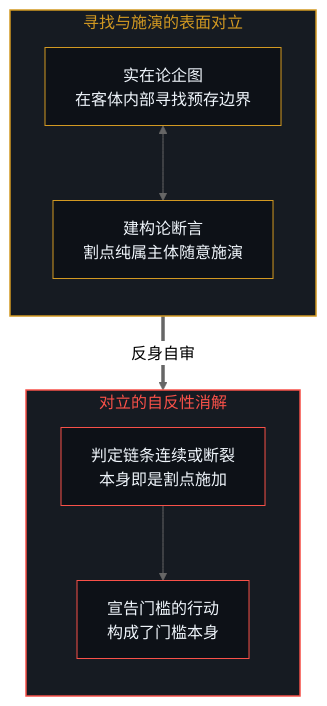
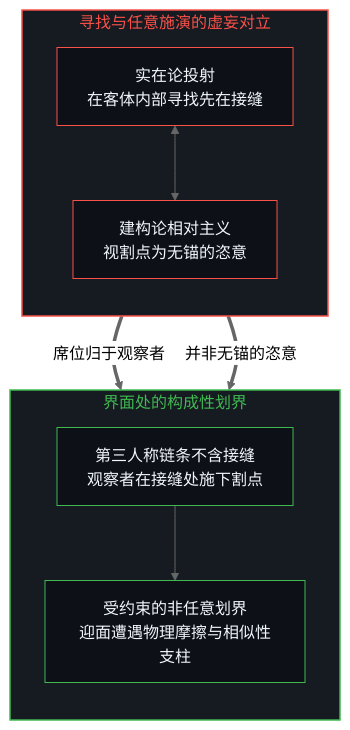
One commit to powerpig99/not-a-toe changed the fifth of 8 diagrams in content/posts/consciousness-ascription-and-the-quantum-cut.md. Above: the diagram before and after it, drawn with Mermaid (neutral theme). The commit also changed other lines of this file and 5 other files, not shown here.

````diff
--- a/content/posts/consciousness-ascription-and-the-quantum-cut.md
+++ b/content/posts/consciousness-ascription-and-the-quantum-cut.md
@@ -155,22 +155,23 @@
 ```mermaid
 flowchart TD
-    subgraph S_DICHOTOMY_ZH ["寻找与施演的表面对立"]
+    subgraph S_DICHOTOMY_ZH ["寻找与任意施演的虚妄对立"]
         direction TB
-        style S_DICHOTOMY_ZH fill:#161b22,stroke:#d29922,stroke-width:1.5px,color:#d29922
-        D_Find["实在论企图<br/>在客体内部寻找预存边界"]
-        D_Perform["建构论断言<br/>割点纯属主体随意施演"]
+        style S_DICHOTOMY_ZH fill:#161b22,stroke:#f85149,stroke-width:1.5px,color:#f85149
+        D_Find["实在论投射<br/>在客体内部寻找先在接缝"]
+        D_Perform["建构论相对主义<br/>视割点为无锚的恣意"]
         D_Find <--> D_Perform
-        style D_Find fill:#0d1117,stroke:#d29922,stroke-width:1px,color:#f0f6fc
-        style D_Perform fill:#0d1117,stroke:#d29922,stroke-width:1px,color:#f0f6fc
+        style D_Find fill:#0d1117,stroke:#f85149,stroke-width:1px,color:#f0f6fc
+        style D_Perform fill:#0d1117,stroke:#f85149,stroke-width:1px,color:#f0f6fc
     end
-    subgraph S_ENACT_ZH ["对立的自反性消解"]
+    subgraph S_ENACT_ZH ["界面处的构成性划界"]
         direction TB
-        style S_ENACT_ZH fill:#161b22,stroke:#f85149,stroke-width:1.5px,color:#f85149
-        E_Loop["判定链条连续或断裂<br/>本身即是割点施加"]
-        E_Threshold["宣告门槛的行动<br/>构成了门槛本身"]
+        style S_ENACT_ZH fill:#161b22,stroke:#3fb950,stroke-width:1.5px,color:#3fb950
+        E_Loop["第三人称链条不含接缝<br/>观察者在接缝处施下割点"]
+        E_Threshold["受约束的非任意划界<br/>迎面遭遇物理摩擦与相似性支柱"]
         E_Loop --> E_Threshold
-        style E_Loop fill:#0d1117,stroke:#f85149,stroke-width:1px,color:#f0f6fc
-        style E_Threshold fill:#0d1117,stroke:#f85149,stroke-width:1px,color:#f0f6fc
+        style E_Loop fill:#0d1117,stroke:#3fb950,stroke-width:1px,color:#f0f6fc
+        style E_Threshold fill:#0d1117,stroke:#3fb950,stroke-width:1px,color:#f0f6fc
     end
-    D_Find ==>|"反身自审"| E_Loop
+    D_Find ==>|"席位归于观察者"| E_Loop
+    D_Perform ==>|"并非无锚的恣意"| E_Loop
 ```
````
